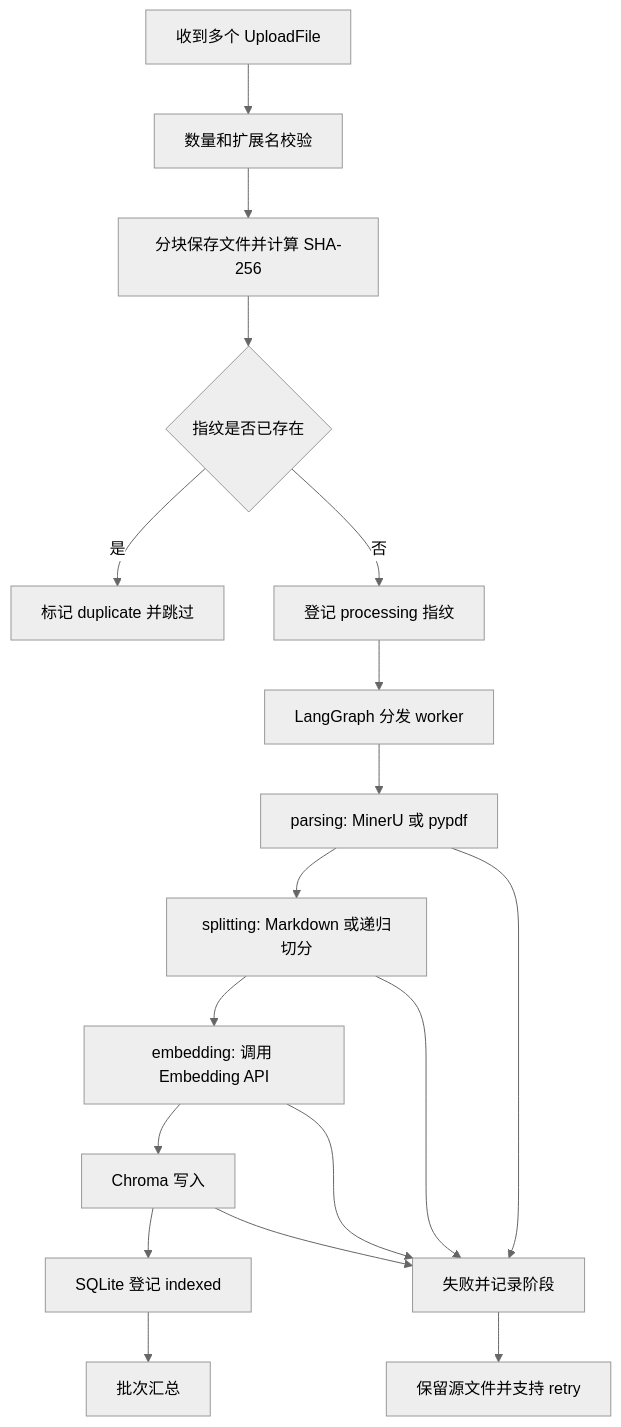
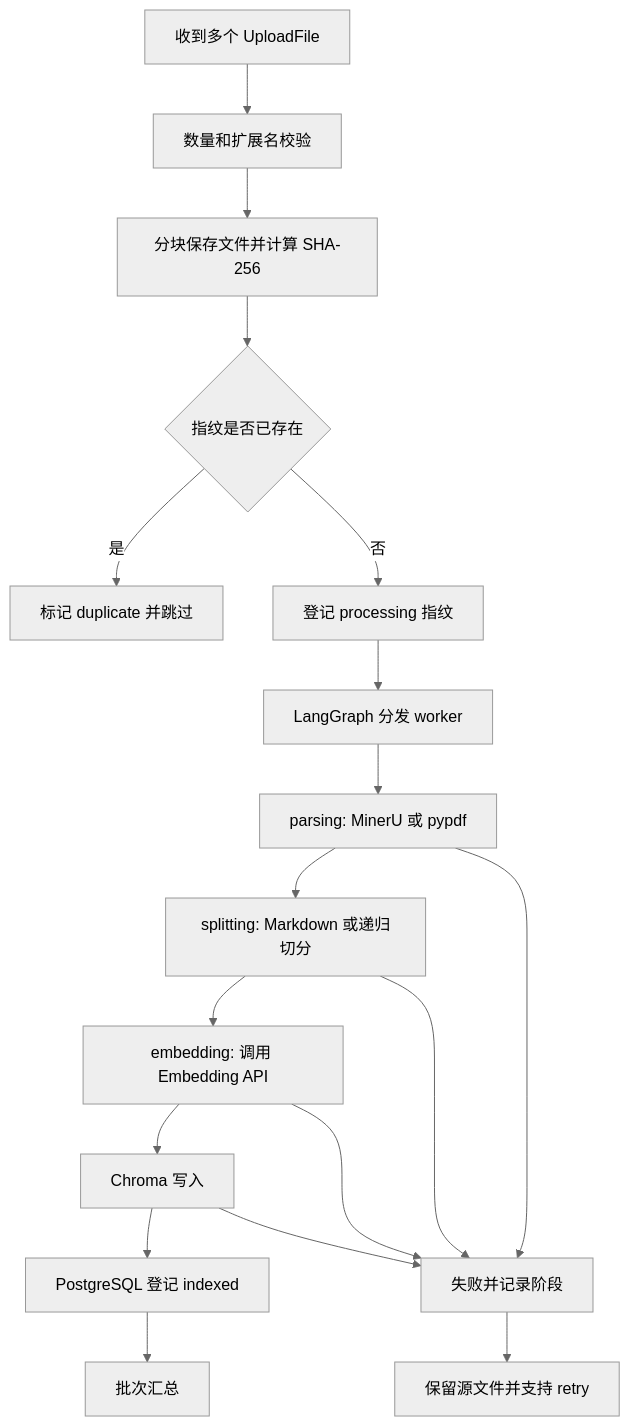
One commit to LutxOVO/enterprise-rag-agent changed the diagram in docs/batch-upload-engineering.md. Above: the diagram before and after it, drawn with Mermaid (neutral theme). The commit also changed other lines of this file and 30 other files, not shown here.

Commit message:
feat: migrate runtime metadata to PostgreSQL

````diff
--- a/docs/batch-upload-engineering.md
+++ b/docs/batch-upload-engineering.md
@@ -7,20 +7,20 @@
 ```mermaid
 flowchart TD
     A[收到多个 UploadFile] --> B[数量和扩展名校验]
     B --> C[分块保存文件并计算 SHA-256]
     C --> D{指纹是否已存在}
     D -->|是| E[标记 duplicate 并跳过]
     D -->|否| F[登记 processing 指纹]
     F --> G[LangGraph 分发 worker]
     G --> H[parsing: MinerU 或 pypdf]
     H --> I[splitting: Markdown 或递归切分]
     I --> J[embedding: 调用 Embedding API]
     J --> K[Chroma 写入]
-    K --> L[SQLite 登记 indexed]
+    K --> L[PostgreSQL 登记 indexed]
     L --> M[批次汇总]
     H --> N[失败并记录阶段]
     I --> N
     J --> N
     K --> N
     N --> O[保留源文件并支持 retry]
 ```
````
